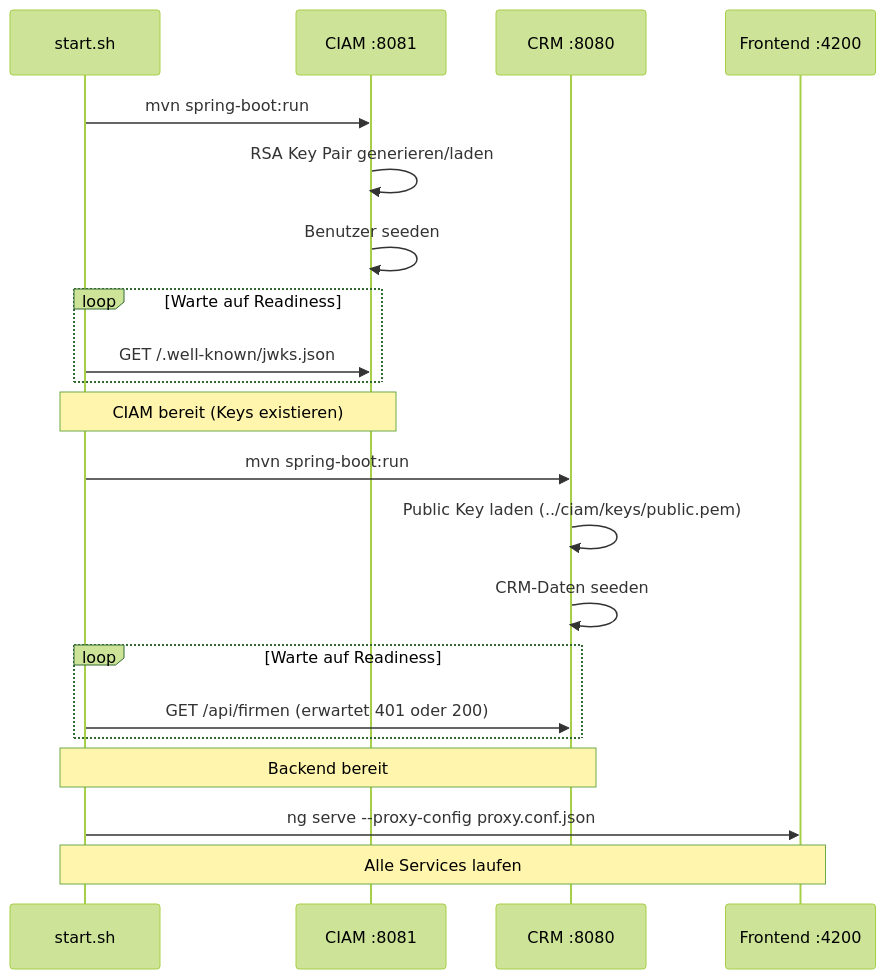
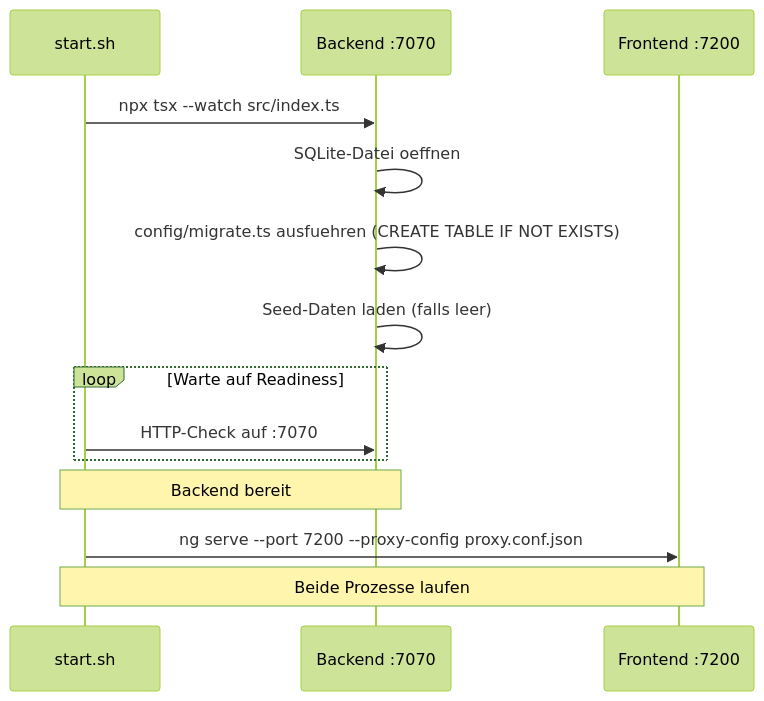
Before and after one commit to atra-consulting/coding-with-ai-lab: the seventh of 8 diagrams in docs/architecture.md, drawn with Mermaid (forest theme). The commit also changed other lines of this file, not shown here.

First line of the commit message:
feat: Rewrite architecture.md for Node.js/Express/SQLite stack. UPDATE-README

````diff
--- a/docs/architecture.md
+++ b/docs/architecture.md
@@ -279,28 +301,19 @@
 ```mermaid
 sequenceDiagram
     participant S as start.sh
-    participant C as CIAM :8081
-    participant R as CRM :8080
-    participant F as Frontend :4200
+    participant BE as Backend :7070
+    participant FE as Frontend :7200
 
-    S->>C: mvn spring-boot:run
-    C->>C: RSA Key Pair generieren/laden
-    C->>C: Benutzer seeden
+    S->>BE: npx tsx --watch src/index.ts
+    BE->>BE: SQLite-Datei oeffnen
+    BE->>BE: config/migrate.ts ausfuehren (CREATE TABLE IF NOT EXISTS)
+    BE->>BE: Seed-Daten laden (falls leer)
 
     loop Warte auf Readiness
-        S->>C: GET /.well-known/jwks.json
+        S->>BE: HTTP-Check auf :7070
     end
-    Note over S,C: CIAM bereit (Keys existieren)
+    Note over S,BE: Backend bereit
 
-    S->>R: mvn spring-boot:run
-    R->>R: Public Key laden (../ciam/keys/public.pem)
-    R->>R: CRM-Daten seeden
-
-    loop Warte auf Readiness
-        S->>R: GET /api/firmen (erwartet 401 oder 200)
-    end
-    Note over S,R: Backend bereit
-
-    S->>F: ng serve --proxy-config proxy.conf.json
-    Note over S,F: Alle Services laufen
+    S->>FE: ng serve --port 7200 --proxy-config proxy.conf.json
+    Note over S,FE: Beide Prozesse laufen
 ```
````
